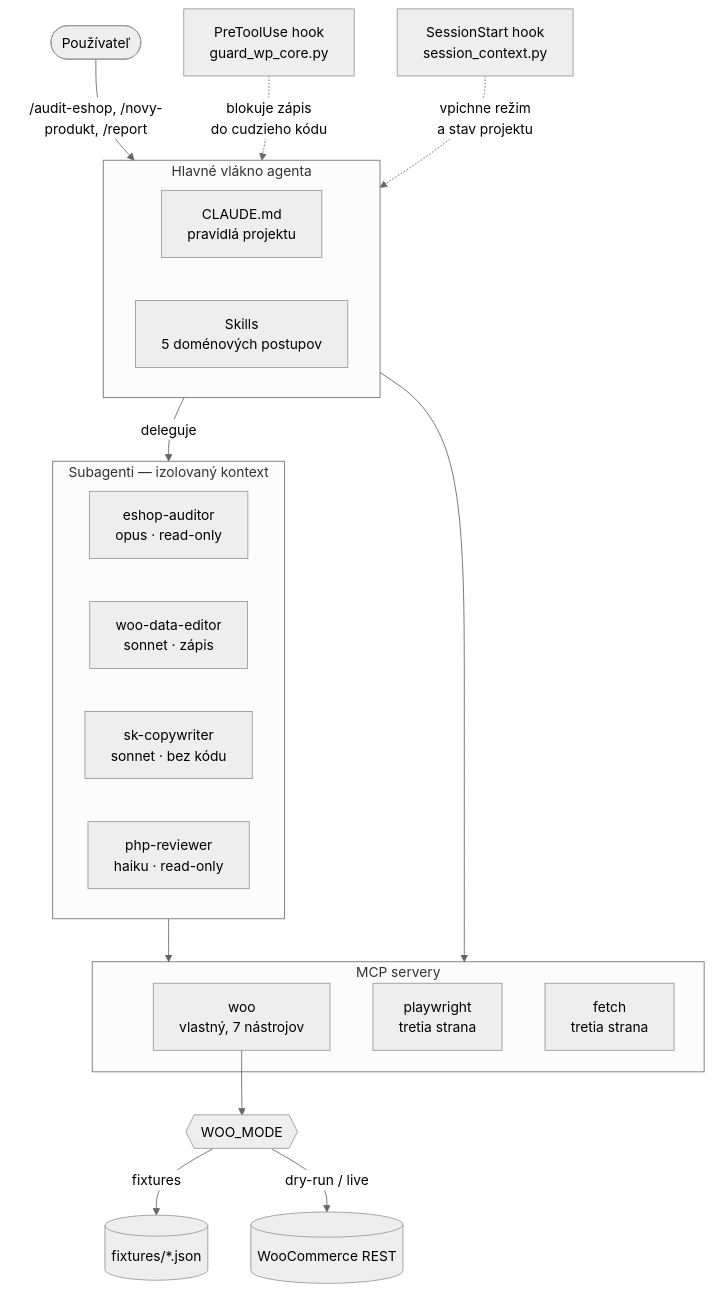
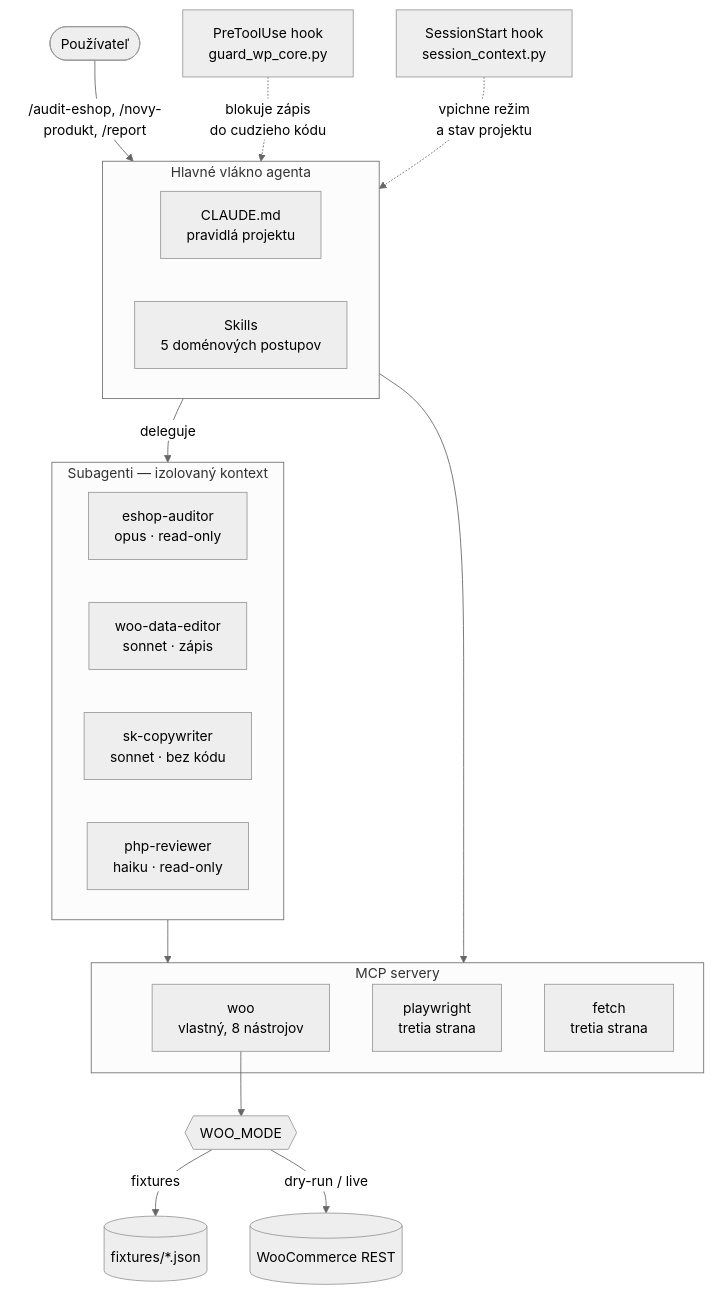
Before and after one commit to Marten55/Nastaven-k-dovac-ho-Agenta: the diagram in docs/architektura.md, drawn with Mermaid (neutral theme). The commit also changed other lines of this file and 16 other files, not shown here.

````diff
--- a/docs/architektura.md
+++ b/docs/architektura.md
@@ -5,34 +5,34 @@
 ```mermaid
 flowchart TB
     U([Používateľ]) -->|"/audit-eshop, /novy-produkt, /report"| HL
 
     subgraph HL["Hlavné vlákno agenta"]
         CM["CLAUDE.md<br/>pravidlá projektu"]
         SK["Skills<br/>5 doménových postupov"]
     end
 
     HL -->|deleguje| SA
 
     subgraph SA["Subagenti — izolovaný kontext"]
         A1["eshop-auditor<br/>opus · read-only"]
         A2["woo-data-editor<br/>sonnet · zápis"]
         A3["sk-copywriter<br/>sonnet · bez kódu"]
         A4["php-reviewer<br/>haiku · read-only"]
     end
 
     SA --> MCP
     HL --> MCP
 
     subgraph MCP["MCP servery"]
-        M1["woo<br/>vlastný, 7 nástrojov"]
+        M1["woo<br/>vlastný, 8 nástrojov"]
         M2["playwright<br/>tretia strana"]
         M3["fetch<br/>tretia strana"]
     end
 
     M1 --> R{{"WOO_MODE"}}
     R -->|fixtures| F[("fixtures/*.json")]
     R -->|"dry-run / live"| W[("WooCommerce REST")]
 
     HK1["PreToolUse hook<br/>guard_wp_core.py"] -.->|blokuje zápis<br/>do cudzieho kódu| HL
     HK2["SessionStart hook<br/>session_context.py"] -.->|vpichne režim<br/>a stav projektu| HL
 ```
````
